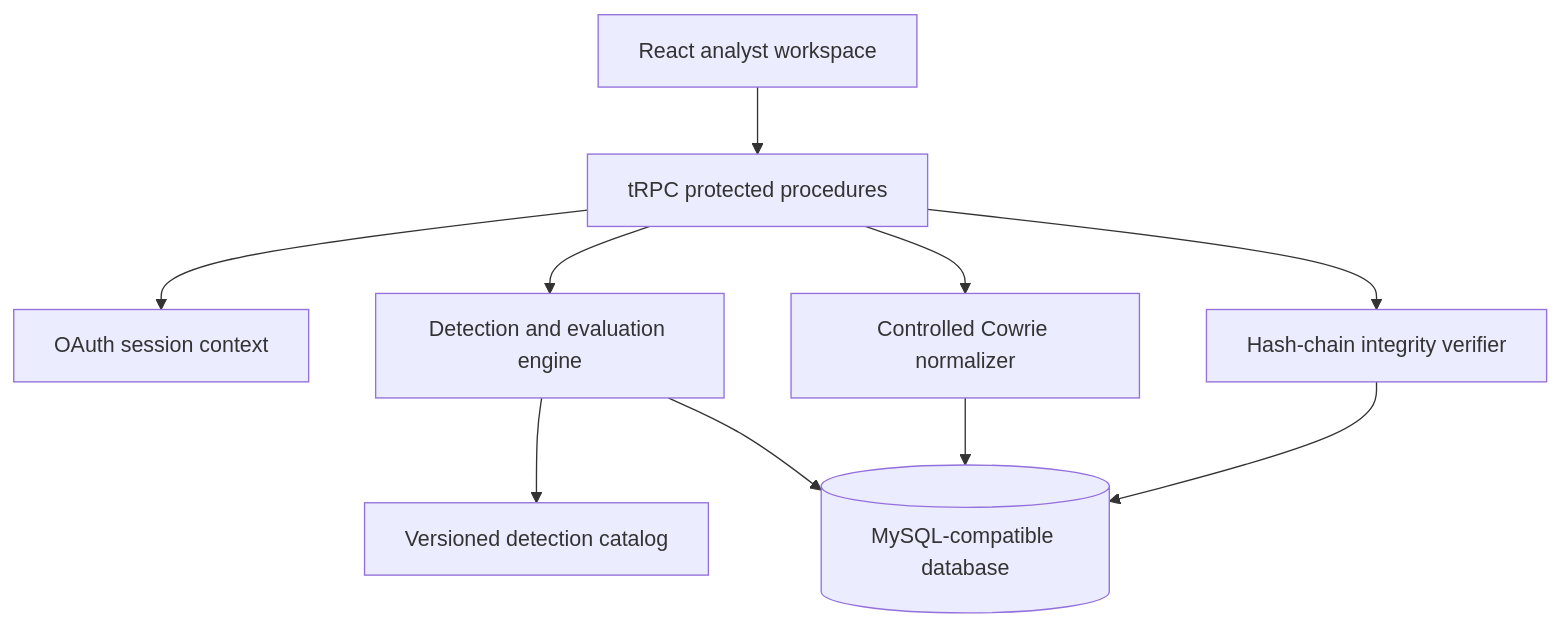
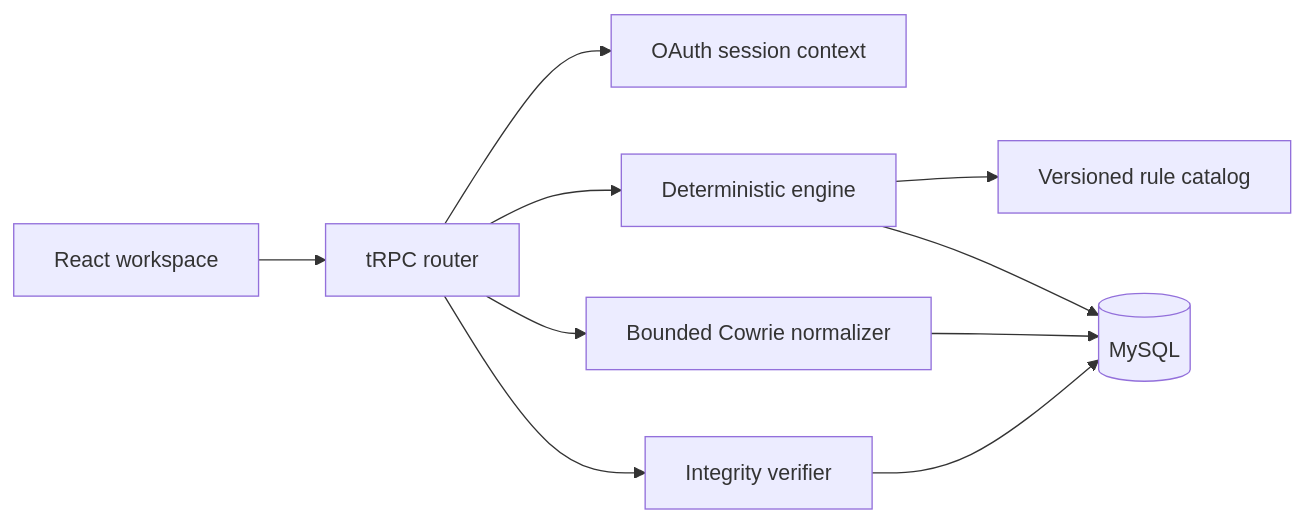
Before and after one commit to MohammadThabetHassan/mirage-soc-lab: the diagram in docs/ARCHITECTURE.md, drawn with Mermaid. The commit also changed other lines of this file and 23 other files, not shown here.

````diff
--- a/docs/ARCHITECTURE.md
+++ b/docs/ARCHITECTURE.md
@@ -9,21 +7,12 @@
 ```mermaid
-flowchart TB
-  UI[React analyst workspace]
-  API[tRPC protected procedures]
-  Auth[OAuth session context]
-  Engine[Detection and evaluation engine]
-  Catalog[Versioned detection catalog]
-  Cowrie[Controlled Cowrie normalizer]
-  DB[(MySQL-compatible database)]
-  Integrity[Hash-chain integrity verifier]
-
-  UI --> API
-  API --> Auth
-  API --> Engine
-  API --> Cowrie
-  Engine --> Catalog
-  Engine --> DB
-  Cowrie --> DB
-  API --> Integrity
+flowchart LR
+  UI[React workspace] --> API[tRPC router]
+  API --> Auth[OAuth session context]
+  API --> Engine[Deterministic engine]
+  Engine --> Catalog[Versioned rule catalog]
+  API --> Import[Bounded Cowrie normalizer]
+  Engine --> DB[(MySQL)]
+  Import --> DB
+  API --> Integrity[Integrity verifier]
   Integrity --> DB
 ```
````
